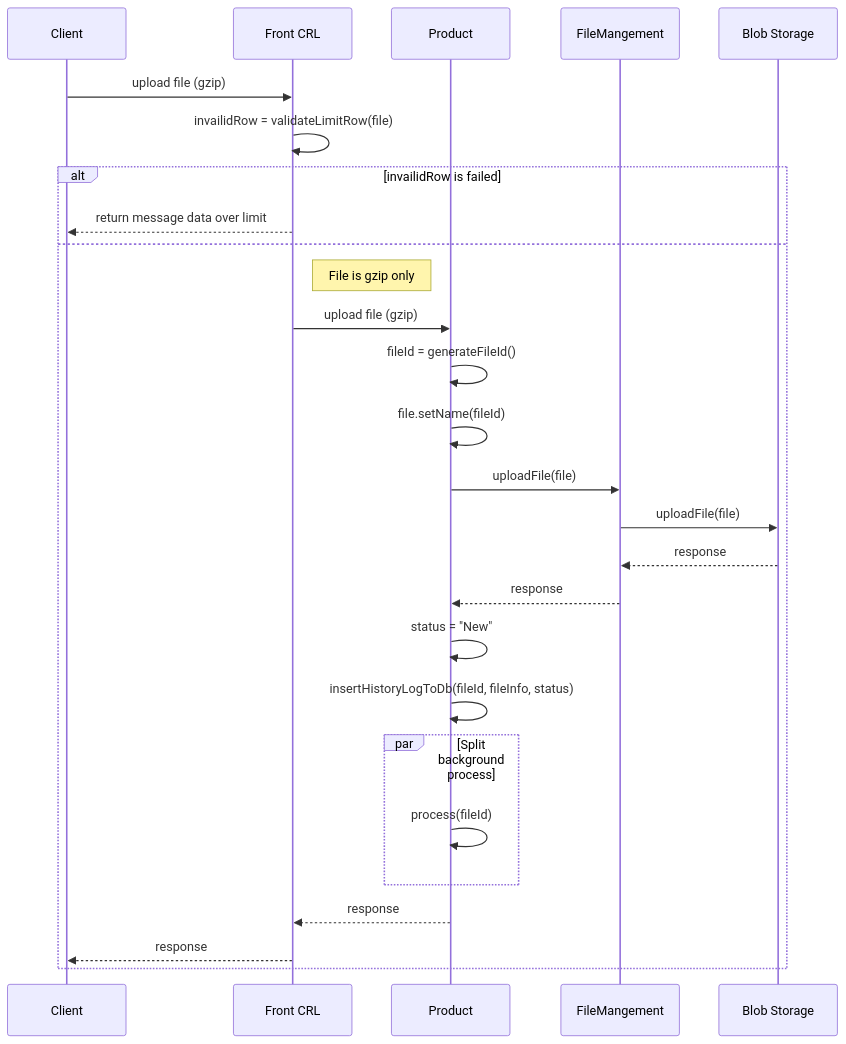
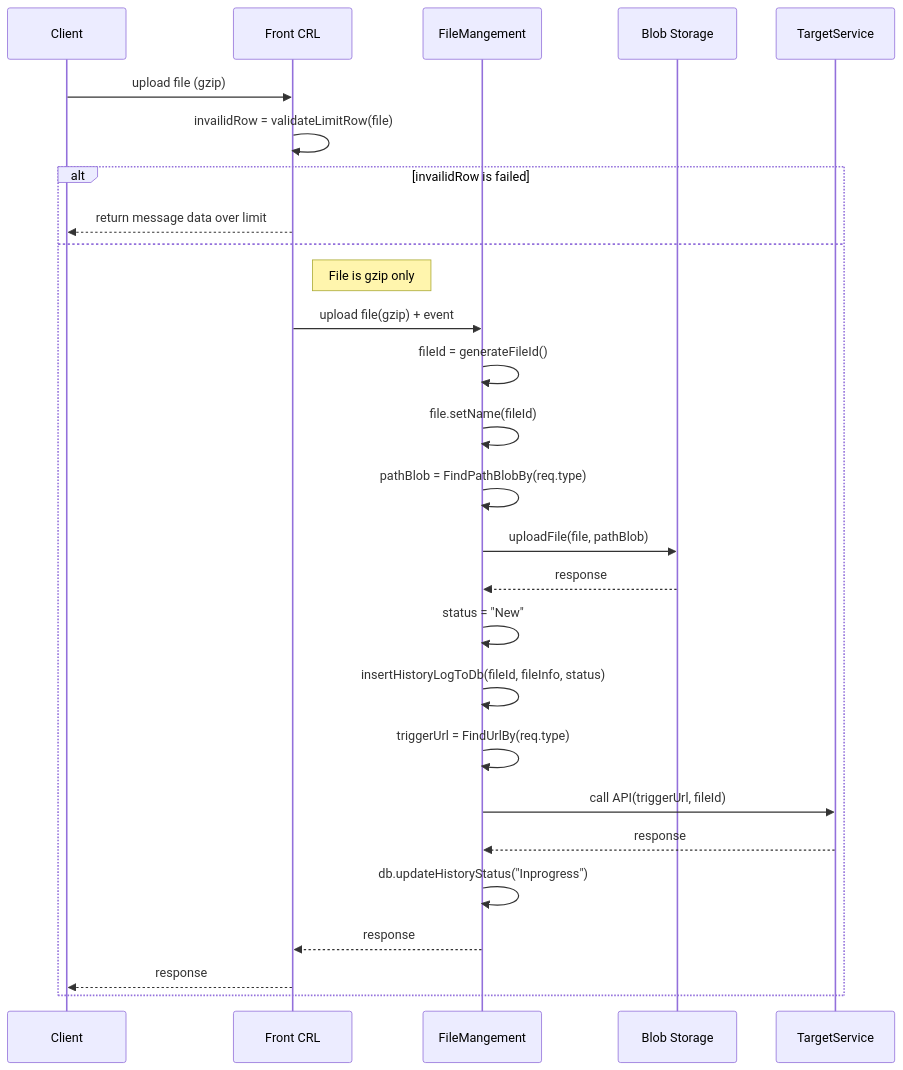
The diagram in SPC/CRL/Sequence/sequence-import.md (rosered11/org_document), drawn with Mermaid before and after one commit. The commit also changed 6 other files, not shown here.

````diff
--- a/SPC/CRL/Sequence/sequence-import.md
+++ b/SPC/CRL/Sequence/sequence-import.md
@@ -1,29 +1,29 @@
 ```mermaid
 sequenceDiagram
     participant Client
     participant Front CRL
-    participant Product
     participant FileMangement
     participant Blob Storage
+    participant TargetService
     Client->>Front CRL: upload file (gzip)
     Front CRL->>Front CRL: invailidRow = validateLimitRow(file)
     alt invailidRow is failed
     Front CRL-->>Client: return message data over limit
     else
     Note right of Front CRL: File is gzip only
-    Front CRL->> Product: upload file (gzip)
-    Product->>Product: fileId = generateFileId()
-    Product->>Product: file.setName(fileId)
-    Product->>FileMangement: uploadFile(file)
-    FileMangement->>Blob Storage: uploadFile(file)
+    Front CRL->> FileMangement: upload file(gzip) + event
+    FileMangement->>FileMangement: fileId = generateFileId()
+    FileMangement->>FileMangement: file.setName(fileId)
+    FileMangement->>FileMangement: pathBlob = FindPathBlobBy(req.type)
+    FileMangement->>Blob Storage: uploadFile(file, pathBlob)
     Blob Storage-->>FileMangement: response
-    FileMangement-->> Product: response
-    Product->>Product: status = "New"
-    Product->>Product: insertHistoryLogToDb(fileId, fileInfo, status)
-    par Split background process
-    Product->>Product: process(fileId)
-    end
-    Product-->>Front CRL: response
+    FileMangement->>FileMangement: status = "New"
+    FileMangement->>FileMangement: insertHistoryLogToDb(fileId, fileInfo, status)
+    FileMangement->>FileMangement: triggerUrl = FindUrlBy(req.type)
+    FileMangement->>TargetService: call API(triggerUrl, fileId)
+    TargetService-->>FileMangement: response
+    FileMangement->>FileMangement: db.updateHistoryStatus("Inprogress")
+    FileMangement-->>Front CRL: response
     Front CRL-->>Client: response
     end
 ```
````
